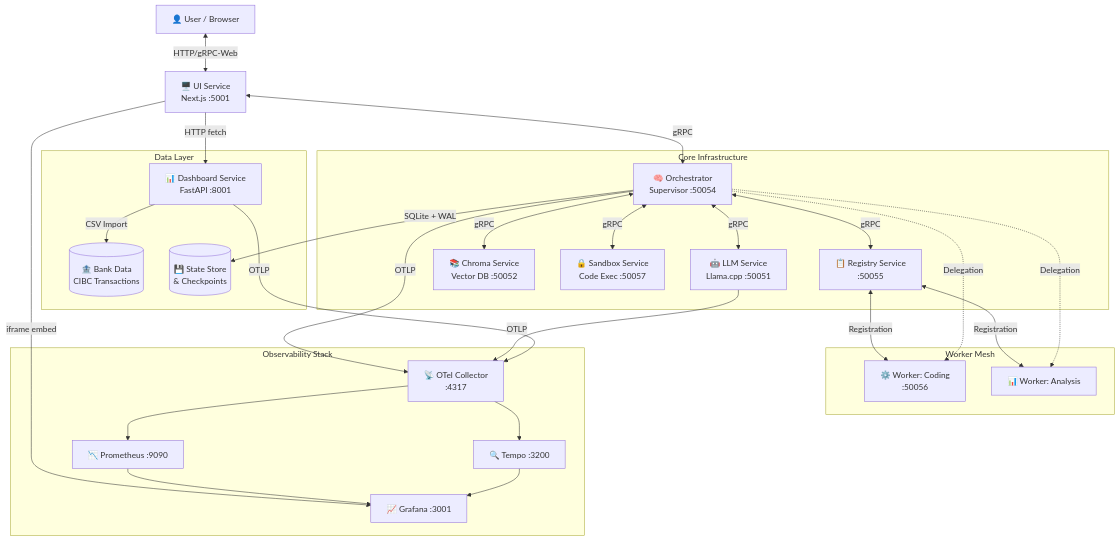
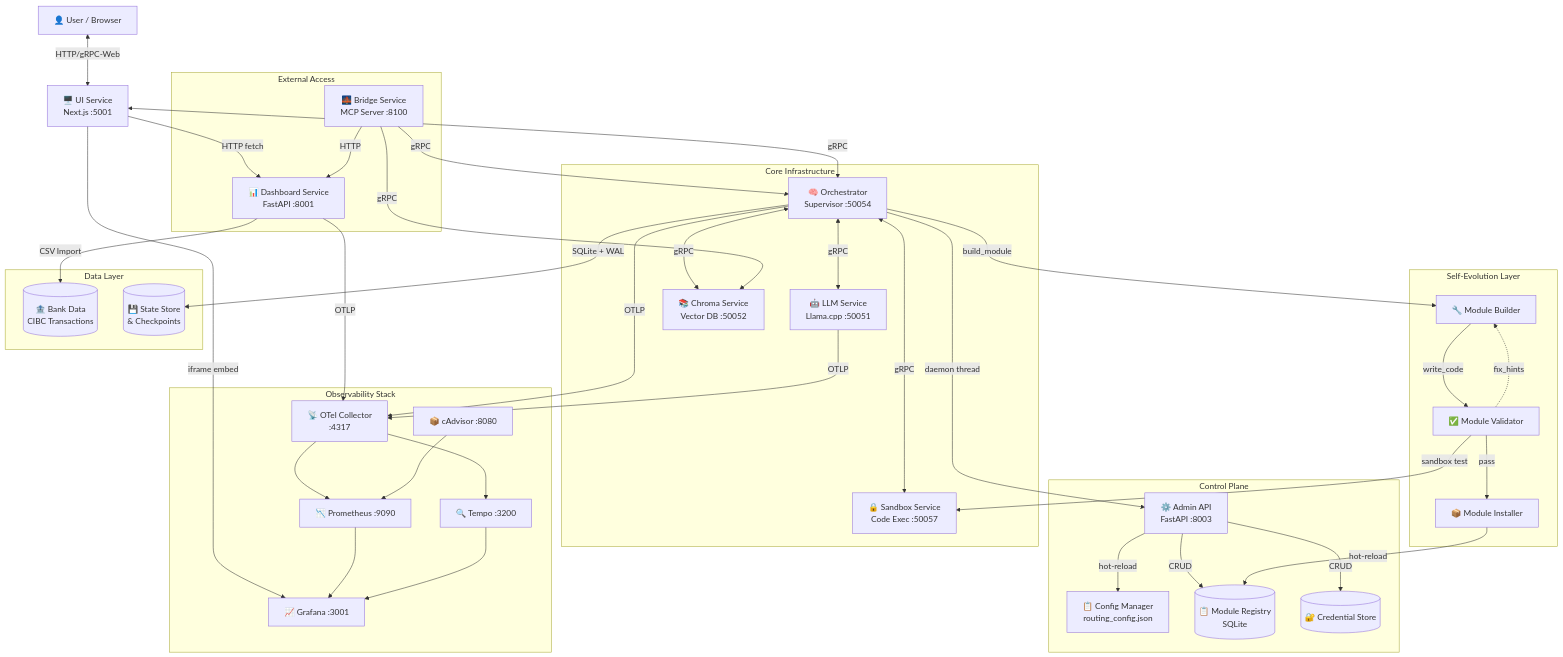
Before and after one commit to sertannavdann/gRPC_LLM_Container: the first of 15 diagrams in docs/archive/HIGH_LEVEL_DESIGN.md, drawn with Mermaid. The commit also changed other lines of this file and 4 other files, not shown here.

````diff
--- a/docs/archive/HIGH_LEVEL_DESIGN.md
+++ b/docs/archive/HIGH_LEVEL_DESIGN.md
@@ -34,34 +42,49 @@
 ```mermaid
 graph TD
     User[👤 User / Browser] <-->|HTTP/gRPC-Web| UI[🖥️ UI Service<br/>Next.js :5001]
     UI <-->|gRPC| Orch[🧠 Orchestrator<br/>Supervisor :50054]
     UI -->|HTTP fetch| Dash[📊 Dashboard Service<br/>FastAPI :8001]
     UI -->|iframe embed| Graf[📈 Grafana :3001]
-    
+
     subgraph "Core Infrastructure"
         Orch <-->|gRPC| LLM[🤖 LLM Service<br/>Llama.cpp :50051]
         Orch <-->|gRPC| Chroma[📚 Chroma Service<br/>Vector DB :50052]
         Orch <-->|gRPC| Sandbox[🔒 Sandbox Service<br/>Code Exec :50057]
-        Orch <-->|gRPC| Reg[📋 Registry Service<br/>:50055]
     end
-    
-    subgraph "Worker Mesh"
-        Reg <-->|Registration| W1[⚙️ Worker: Coding<br/>:50056]
-        Reg <-->|Registration| W2[📊 Worker: Analysis]
-        Orch -.->|Delegation| W1
-        Orch -.->|Delegation| W2
+
+    subgraph "Control Plane"
+        Orch -->|daemon thread| Admin[⚙️ Admin API<br/>FastAPI :8003]
+        Admin -->|hot-reload| CM[📋 Config Manager<br/>routing_config.json]
+        Admin -->|CRUD| MR[(📋 Module Registry<br/>SQLite)]
+        Admin -->|CRUD| Creds[(🔐 Credential Store)]
     end
-    
+
+    subgraph "Self-Evolution Layer"
+        Orch -->|build_module| MB[🔧 Module Builder]
+        MB -->|write_code| MV[✅ Module Validator]
+        MV -->|sandbox test| Sandbox
+        MV -->|pass| MI[📦 Module Installer]
+        MI -->|hot-reload| MR
+        MV -.->|fix_hints| MB
+    end
+
+    subgraph "External Access"
+        Bridge[🌉 Bridge Service<br/>MCP Server :8100] -->|gRPC| Orch
+        Bridge -->|gRPC| Chroma
+        Bridge -->|HTTP| Dash
+    end
+
     subgraph "Data Layer"
         Dash -->|CSV Import| Bank[(🏦 Bank Data<br/>CIBC Transactions)]
         Orch -->|SQLite + WAL| State[(💾 State Store<br/>& Checkpoints)]
     end
-    
+
     subgraph "Observability Stack"
         Orch & LLM & Dash -->|OTLP| OTel[📡 OTel Collector<br/>:4317]
         OTel --> Prom[📉 Prometheus :9090]
         OTel --> Tempo[🔍 Tempo :3200]
         Prom --> Graf
         Tempo --> Graf
+        cAdv[📦 cAdvisor :8080] --> Prom
     end
 ```
````
